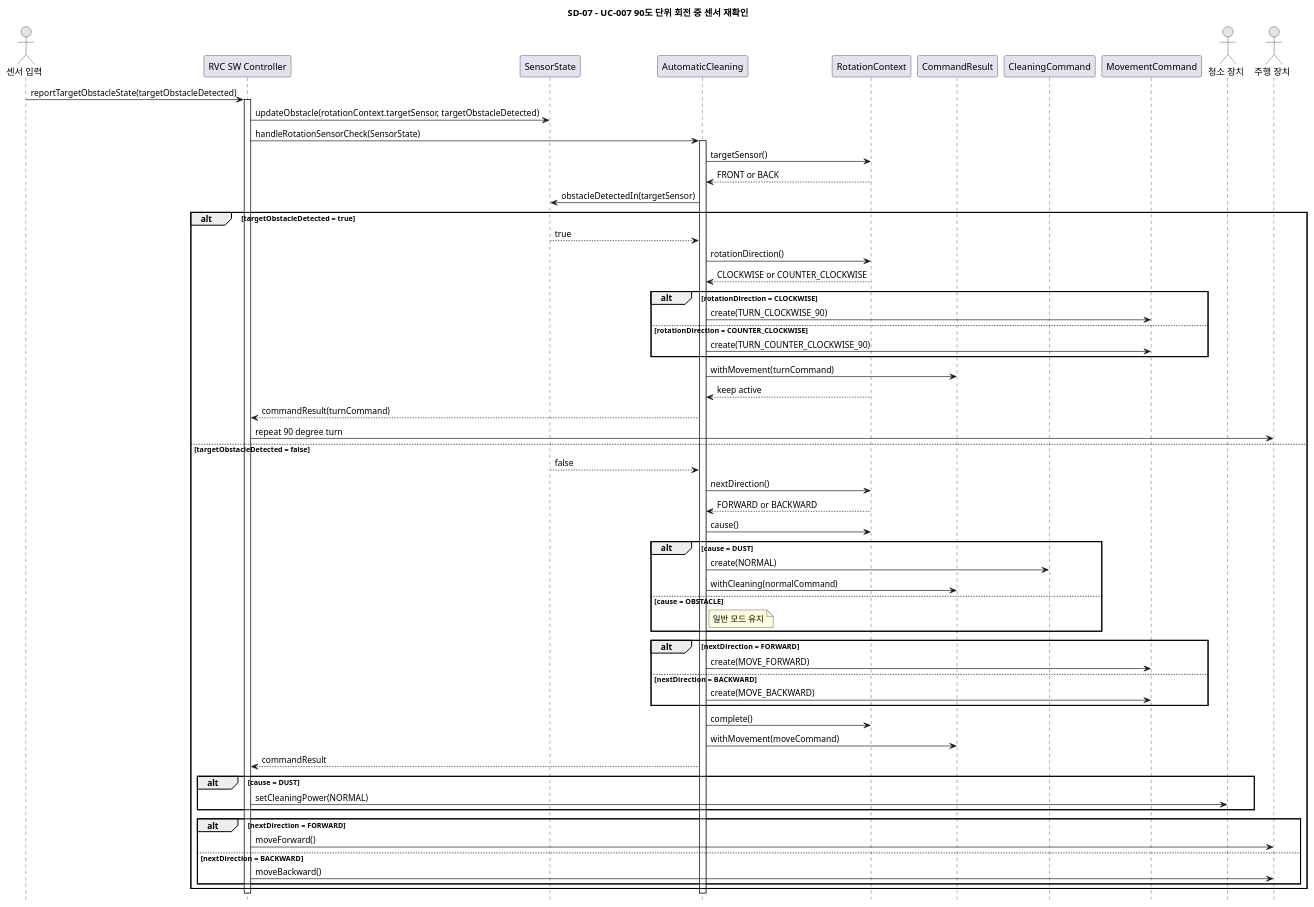
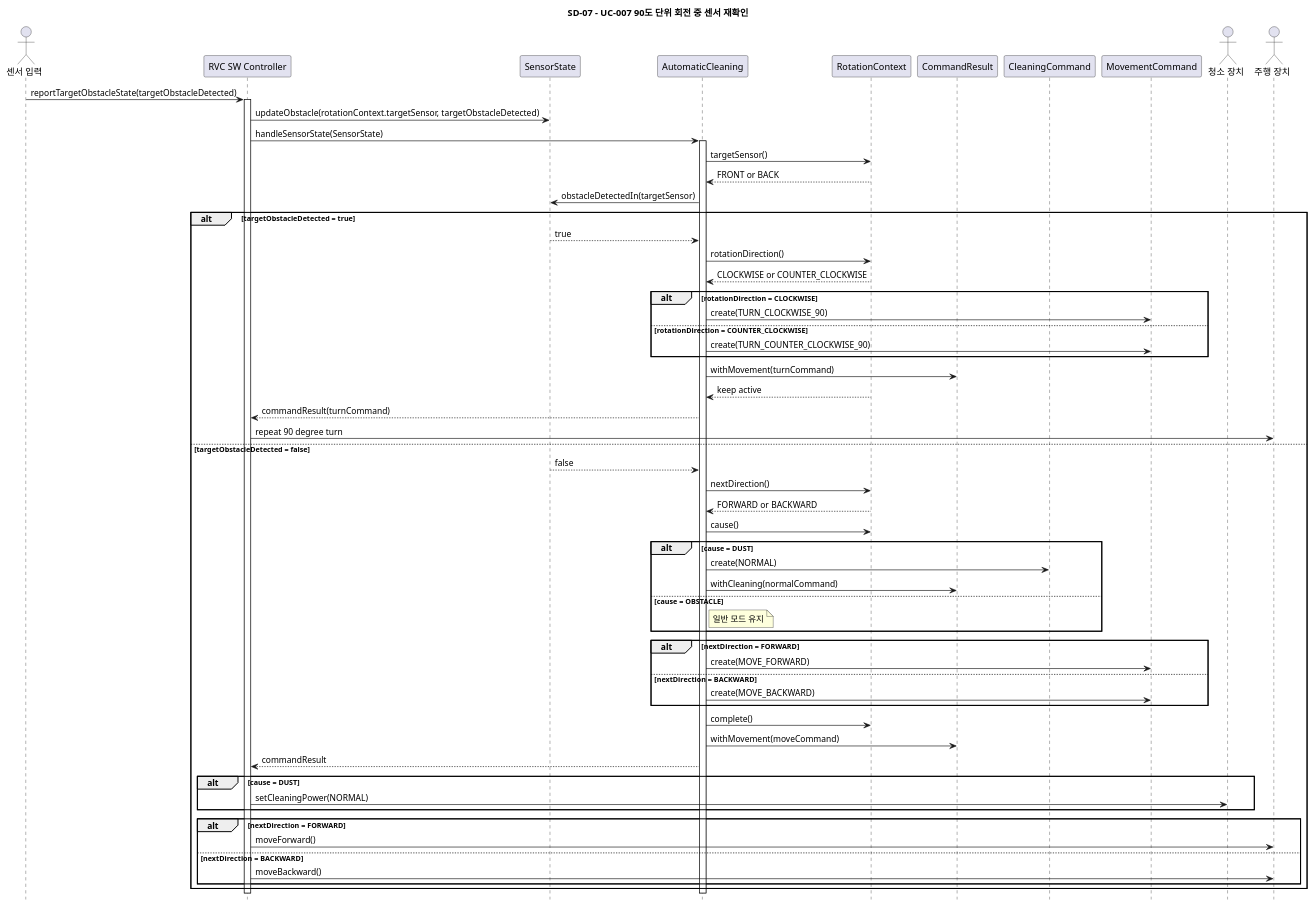
Before and after one commit to OOAD-Team3/Robot-Vacuum-Cleaner-AI: the diagram in docs/sd/SD-07.puml, drawn with PlantUML. The commit also changed 33 other files, not shown here.

```diff
--- a/docs/sd/SD-07.puml
+++ b/docs/sd/SD-07.puml
@@ -5,69 +5,69 @@
 @startuml SD_07_UC007_Rotation_Recheck
 hide footbox
 title SD-07 - UC-007 90도 단위 회전 중 센서 재확인
 
 actor "센서 입력" as Sensor
 participant "RVC SW Controller" as Controller
 participant "SensorState" as SensorState
 participant "AutomaticCleaning" as Cleaning
 participant "RotationContext" as RotationContext
 participant "CommandResult" as CommandResult
 participant "CleaningCommand" as CleaningCommand
 participant "MovementCommand" as MovementCommand
 actor "청소 장치" as Cleaner
 actor "주행 장치" as Drive
 
 Sensor -> Controller: reportTargetObstacleState(targetObstacleDetected)
 activate Controller
 Controller -> SensorState: updateObstacle(rotationContext.targetSensor, targetObstacleDetected)
-Controller -> Cleaning: handleRotationSensorCheck(SensorState)
+Controller -> Cleaning: handleSensorState(SensorState)
 activate Cleaning
 Cleaning -> RotationContext: targetSensor()
 RotationContext --> Cleaning: FRONT or BACK
 Cleaning -> SensorState: obstacleDetectedIn(targetSensor)
 
 alt targetObstacleDetected = true
     SensorState --> Cleaning: true
     Cleaning -> RotationContext: rotationDirection()
     RotationContext --> Cleaning: CLOCKWISE or COUNTER_CLOCKWISE
     alt rotationDirection = CLOCKWISE
         Cleaning -> MovementCommand: create(TURN_CLOCKWISE_90)
     else rotationDirection = COUNTER_CLOCKWISE
         Cleaning -> MovementCommand: create(TURN_COUNTER_CLOCKWISE_90)
     end
     Cleaning -> CommandResult: withMovement(turnCommand)
     RotationContext --> Cleaning: keep active
     Cleaning --> Controller: commandResult(turnCommand)
     Controller -> Drive: repeat 90 degree turn
 else targetObstacleDetected = false
     SensorState --> Cleaning: false
     Cleaning -> RotationContext: nextDirection()
     RotationContext --> Cleaning: FORWARD or BACKWARD
     Cleaning -> RotationContext: cause()
     alt cause = DUST
         Cleaning -> CleaningCommand: create(NORMAL)
         Cleaning -> CommandResult: withCleaning(normalCommand)
     else cause = OBSTACLE
         note right of Cleaning: 일반 모드 유지
     end
     alt nextDirection = FORWARD
         Cleaning -> MovementCommand: create(MOVE_FORWARD)
     else nextDirection = BACKWARD
         Cleaning -> MovementCommand: create(MOVE_BACKWARD)
     end
     Cleaning -> RotationContext: complete()
     Cleaning -> CommandResult: withMovement(moveCommand)
     Cleaning --> Controller: commandResult
     alt cause = DUST
         Controller -> Cleaner: setCleaningPower(NORMAL)
     end
     alt nextDirection = FORWARD
         Controller -> Drive: moveForward()
     else nextDirection = BACKWARD
         Controller -> Drive: moveBackward()
     end
 end
 
 deactivate Cleaning
 deactivate Controller
 @enduml
```
